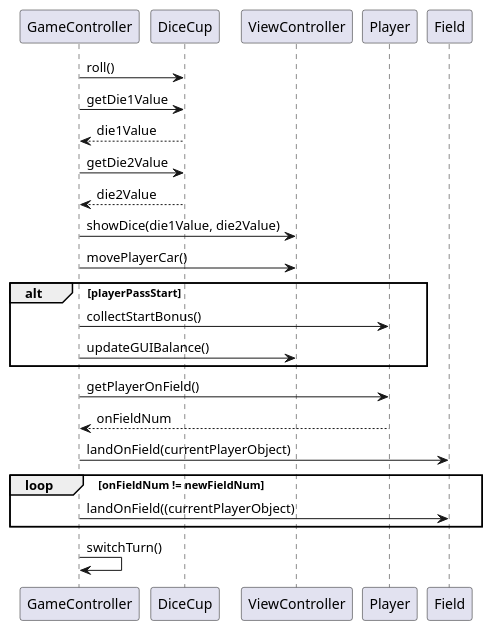
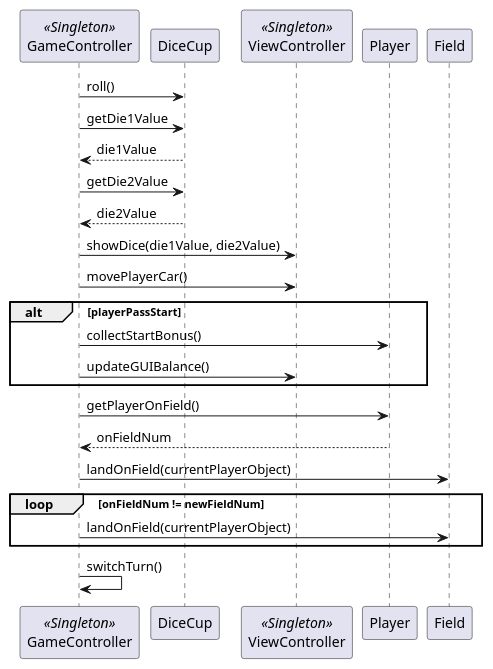
One commit to GabeKierk889/gruppe-18 changed the diagram in 18_final/UML/DesignSequenceDiagramTakeTurn.puml. Above: the diagram before and after it, drawn with PlantUML.

Commit message:
added singleton class

```diff
--- a/18_final/UML/DesignSequenceDiagramTakeTurn.puml
+++ b/18_final/UML/DesignSequenceDiagramTakeTurn.puml
@@ -1,28 +1,31 @@
 @startuml
 'https://plantuml.com/sequence-diagram
 
+Participant GameController <<Singleton>>
+Participant DiceCup
+Participant ViewController <<Singleton>>
 
 GameController -> DiceCup : roll()
 GameController -> DiceCup : getDie1Value
 DiceCup --> GameController : die1Value
 GameController -> DiceCup : getDie2Value
 DiceCup --> GameController : die2Value
 GameController -> ViewController : showDice(die1Value, die2Value)
 GameController -> ViewController : movePlayerCar()
 
 alt playerPassStart
     GameController -> Player : collectStartBonus()
     GameController -> ViewController : updateGUIBalance()
 end
 
     GameController -> Player : getPlayerOnField()
     Player --> GameController : onFieldNum
     GameController -> Field : landOnField(currentPlayerObject)
 
 loop onFieldNum != newFieldNum
-    GameController -> Field : landOnField((currentPlayerObject)
+    GameController -> Field : landOnField(currentPlayerObject)
 end
 
 GameController -> GameController : switchTurn()
 
 @enduml
```
